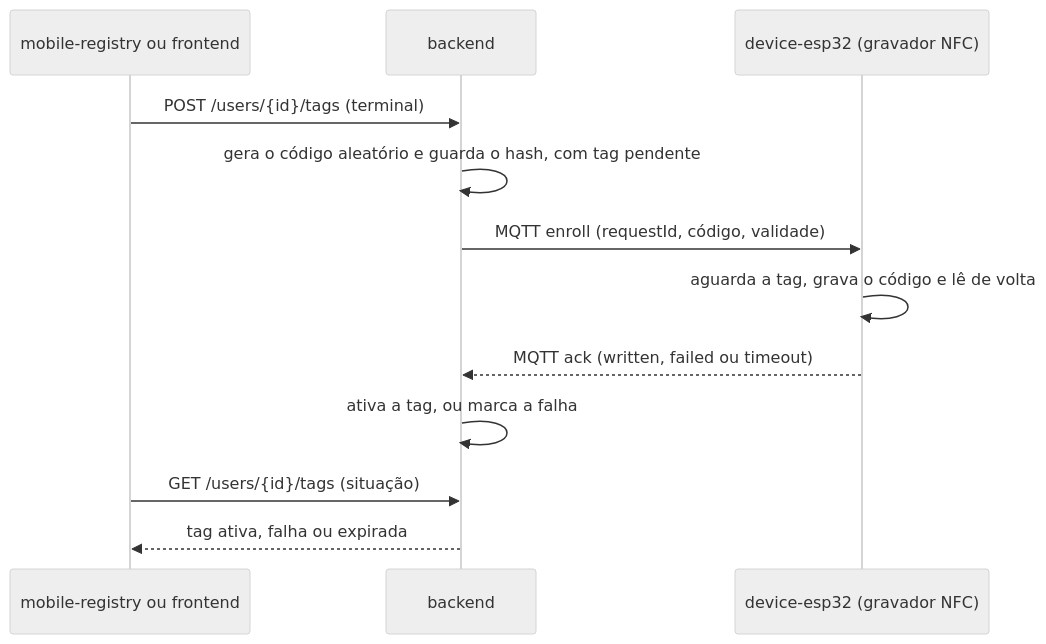
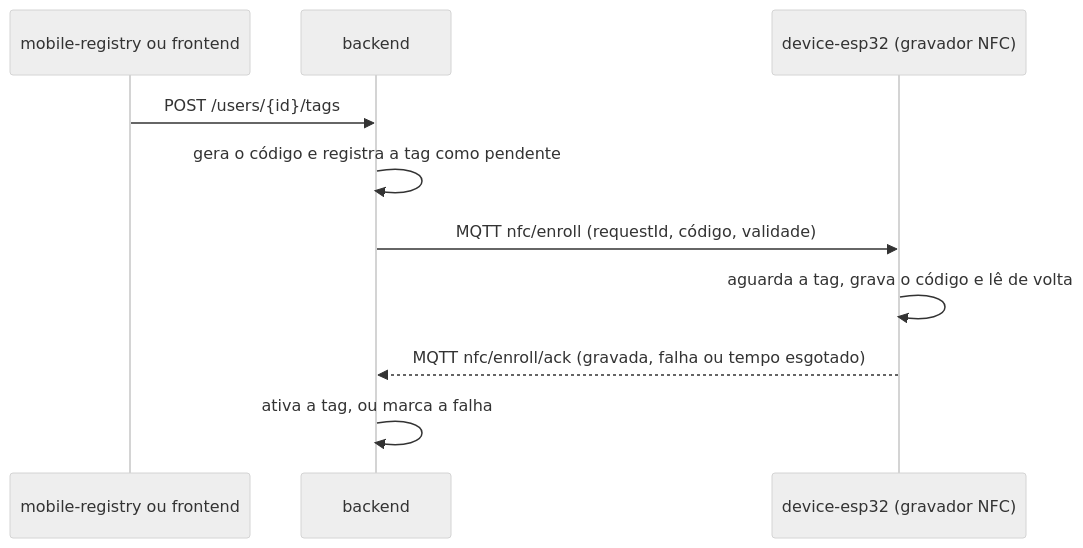
The fourth of 5 diagrams in docs/arquitetura.md (Helloworld-fatec/access-control), drawn with Mermaid (neutral theme) before and after one commit. The commit also changed other lines of this file and 3 other files, not shown here.

````diff
--- a/docs/arquitetura.md
+++ b/docs/arquitetura.md
@@ -178,15 +183,13 @@
 ```mermaid
 sequenceDiagram
   participant A as mobile-registry ou frontend
   participant B as backend
   participant E as device-esp32 (gravador NFC)
 
-  A->>B: POST /users/{id}/tags (terminal)
-  B->>B: gera o código aleatório e guarda o hash, com tag pendente
-  B->>E: MQTT enroll (requestId, código, validade)
+  A->>B: POST /users/{id}/tags
+  B->>B: gera o código e registra a tag como pendente
+  B->>E: MQTT nfc/enroll (requestId, código, validade)
   E->>E: aguarda a tag, grava o código e lê de volta
-  E-->>B: MQTT ack (written, failed ou timeout)
+  E-->>B: MQTT nfc/enroll/ack (gravada, falha ou tempo esgotado)
   B->>B: ativa a tag, ou marca a falha
-  A->>B: GET /users/{id}/tags (situação)
-  B-->>A: tag ativa, falha ou expirada
 ```
````
